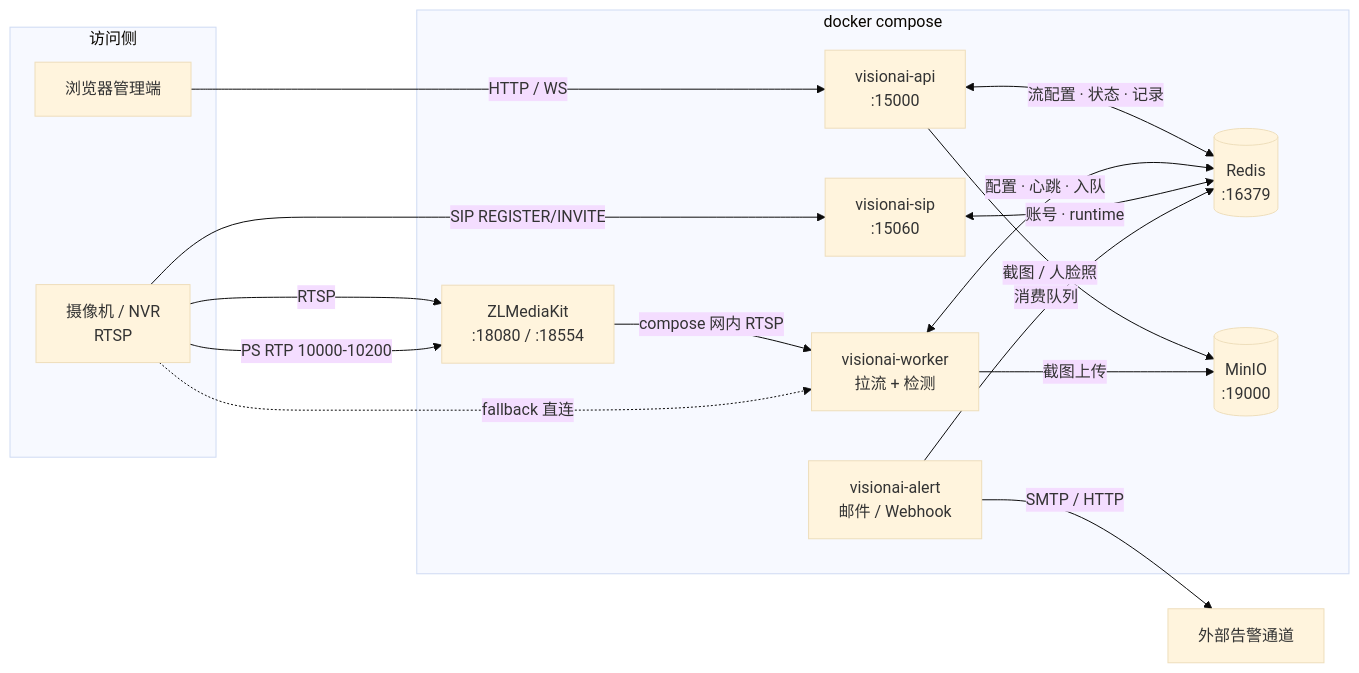
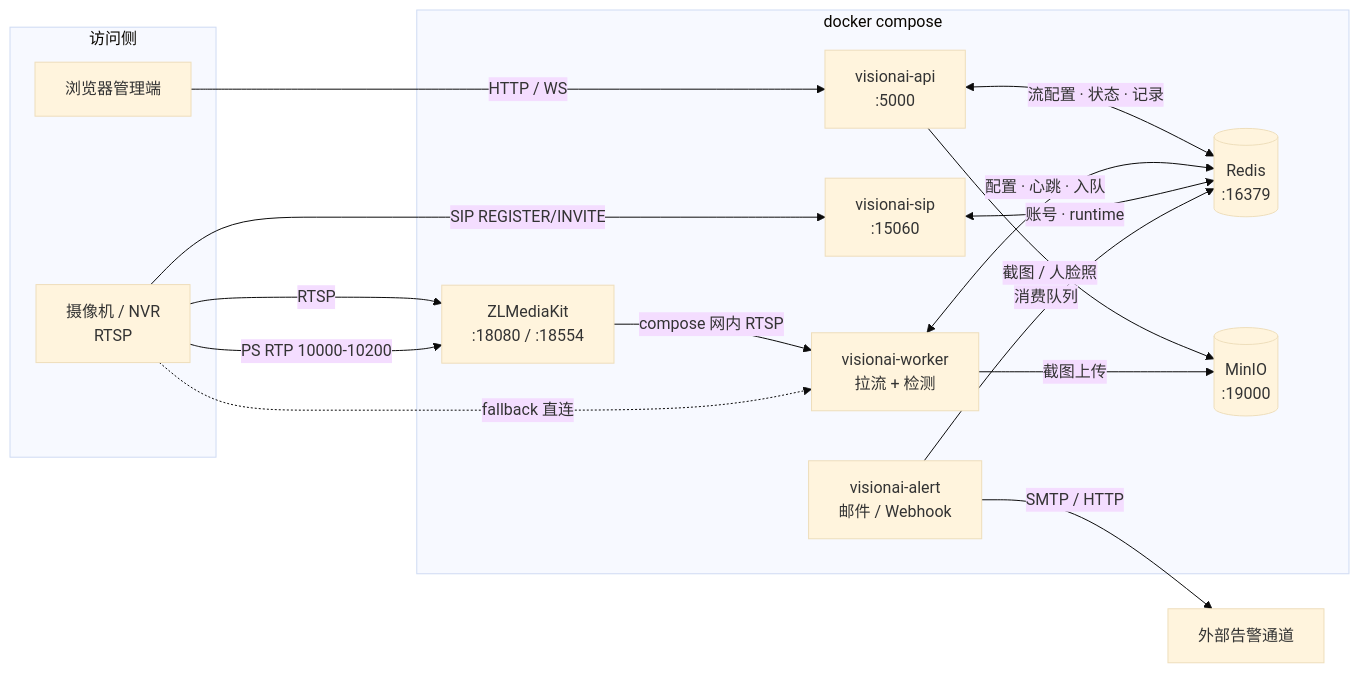
One commit to jiaxu-wang/JXVisionAI changed the first of 5 diagrams in docs/architecture.md. Above: the diagram before and after it, drawn with Mermaid (base theme). The commit also changed other lines of this file and 28 other files, not shown here.

````diff
--- a/docs/architecture.md
+++ b/docs/architecture.md
@@ -58,31 +58,31 @@
 ```mermaid
 flowchart LR
   subgraph clients [访问侧]
     Browser[浏览器管理端]
     Cam[摄像机 / NVR<br/>RTSP]
   end
 
   subgraph compose [docker compose]
-    API["visionai-api<br/>:15000"]
+    API["visionai-api<br/>:5000"]
     Worker["visionai-worker<br/>拉流 + 检测"]
     AlertW["visionai-alert<br/>邮件 / Webhook"]
     Sip["visionai-sip<br/>:15060"]
     Redis[(Redis<br/>:16379)]
     MinIO[(MinIO<br/>:19000)]
     ZLM[ZLMediaKit<br/>:18080 / :18554]
   end
 
   Browser -->|HTTP / WS| API
   API <-->|流配置 · 状态 · 记录| Redis
   API -->|截图 / 人脸照| MinIO
   Worker <-->|配置 · 心跳 · 入队| Redis
   Worker -->|截图上传| MinIO
   Cam -->|RTSP| ZLM
   Cam -->|SIP REGISTER/INVITE| Sip
   Cam -->|PS RTP 10000-10200| ZLM
   Sip <-->|账号 · runtime| Redis
   ZLM -->|compose 网内 RTSP| Worker
   Cam -.->|fallback 直连| Worker
   AlertW -->|消费队列| Redis
   AlertW -->|SMTP / HTTP| Ext[外部告警通道]
 ```
````
